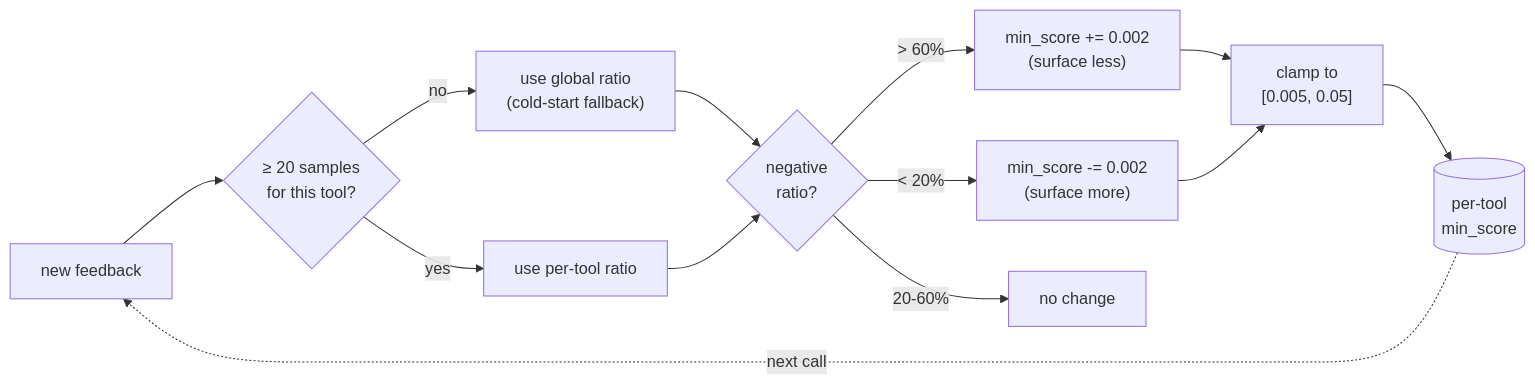
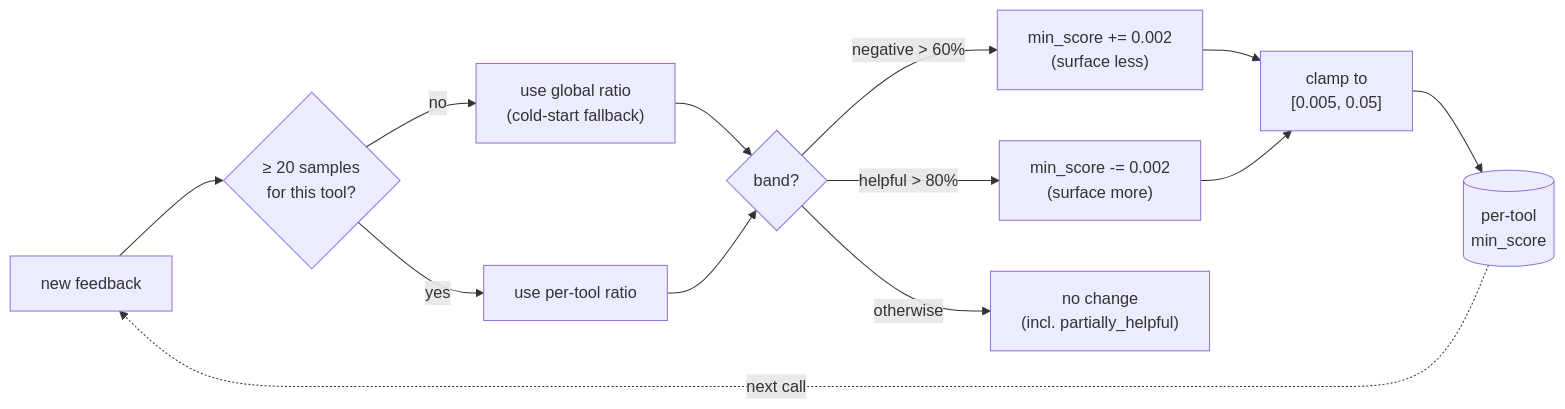
Before and after one commit to memtomem/memtomem-stm: the fifth of 5 diagrams in docs/surfacing.md, drawn with Mermaid. The commit also changed other lines of this file and 6 other files, not shown here.

````diff
--- a/docs/surfacing.md
+++ b/docs/surfacing.md
@@ -268,15 +282,15 @@
 ```mermaid
 flowchart LR
     Sample["new feedback"] --> N{"≥ 20 samples<br/>for this tool?"}
     N -->|no| Cold["use global ratio<br/>(cold-start fallback)"]
     N -->|yes| Local["use per-tool ratio"]
-    Cold --> R{"negative<br/>ratio?"}
+    Cold --> R{"band?"}
     Local --> R
-    R -->|"> 60%"| Up["min_score += 0.002<br/>(surface less)"]
-    R -->|"< 20%"| Down["min_score -= 0.002<br/>(surface more)"]
-    R -->|"20-60%"| Hold["no change"]
+    R -->|"negative > 60%"| Up["min_score += 0.002<br/>(surface less)"]
+    R -->|"helpful > 80%"| Down["min_score -= 0.002<br/>(surface more)"]
+    R -->|"otherwise"| Hold["no change<br/>(incl. partially_helpful)"]
     Up --> Cap["clamp to<br/>[0.005, 0.05]"]
     Down --> Cap
     Cap --> Tool[("per-tool<br/>min_score")]
     Tool -.->|next call| Sample
 ```
````
